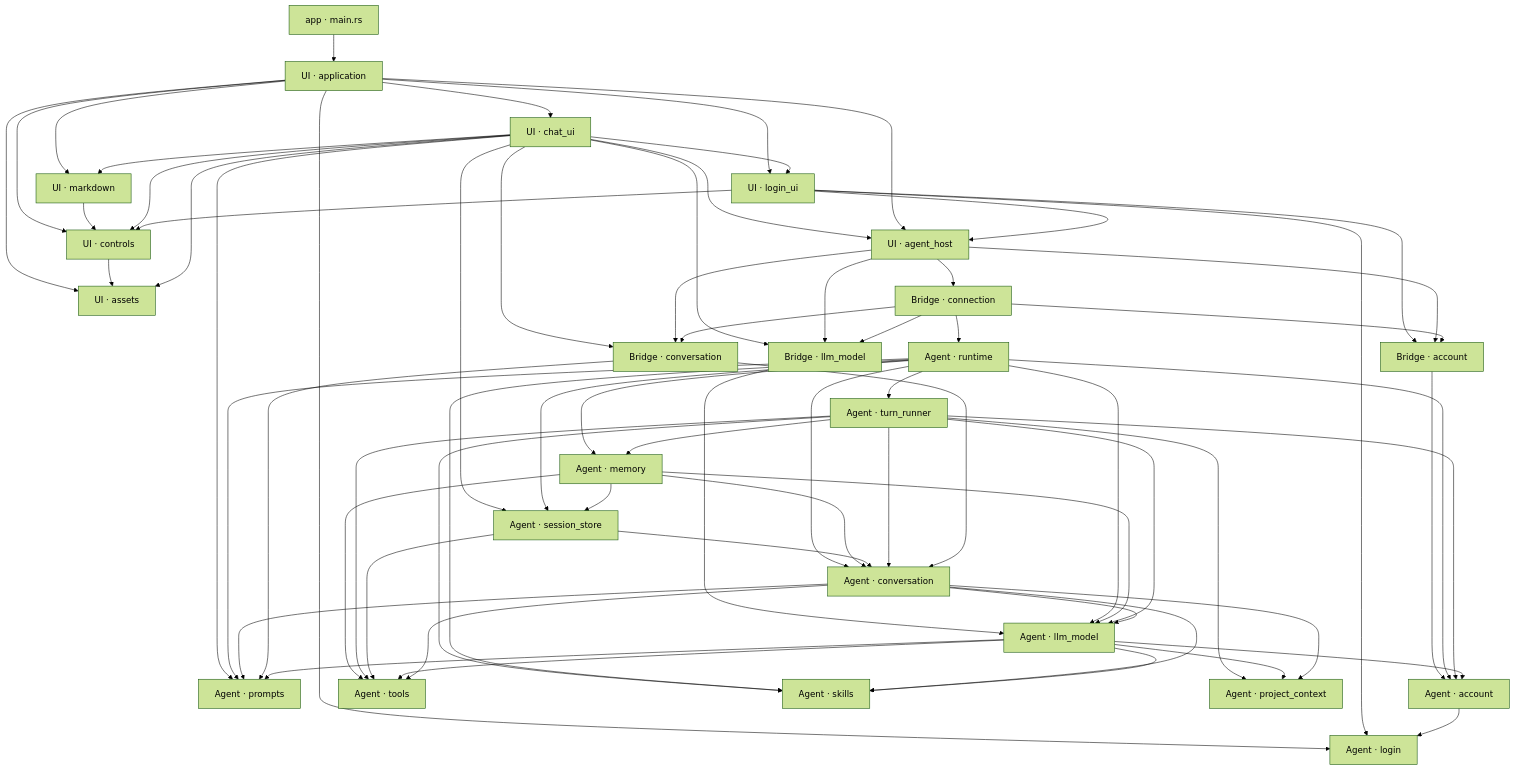
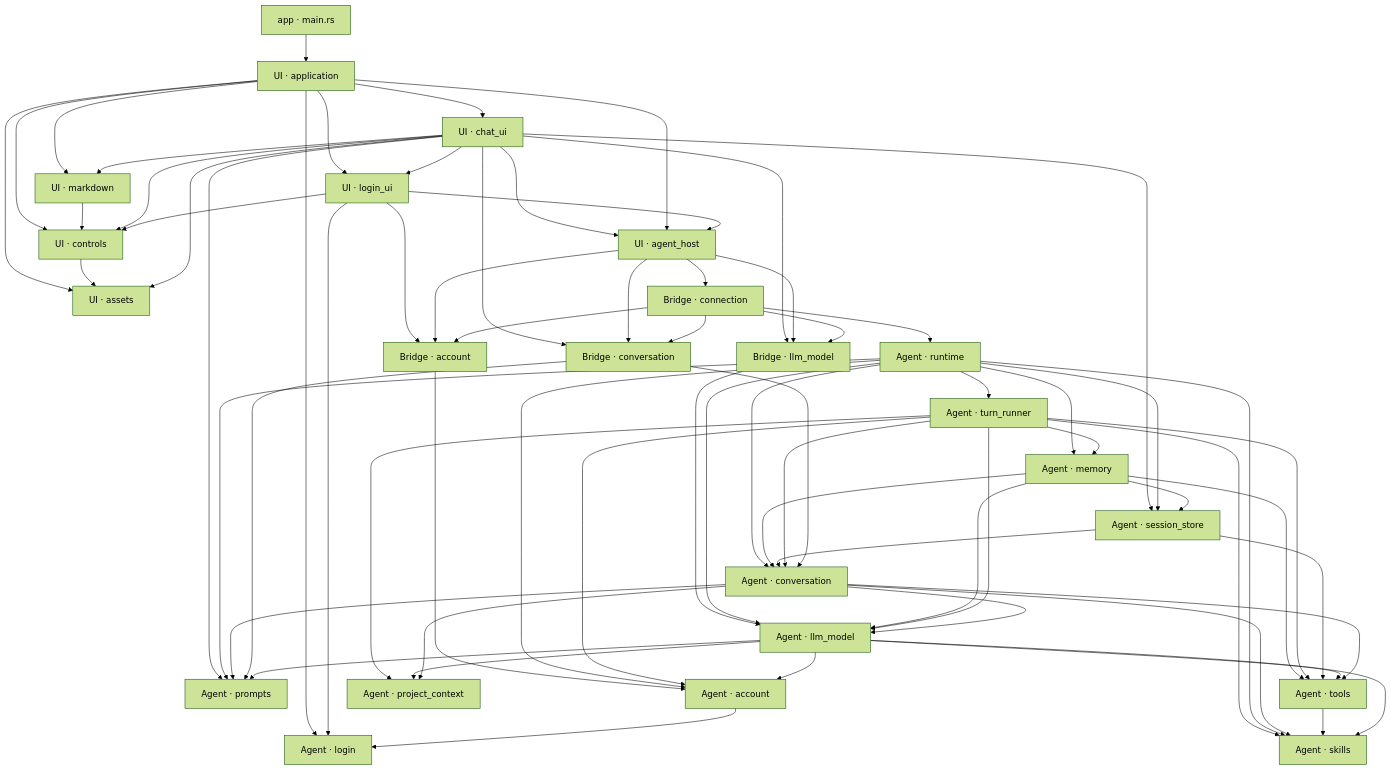
One commit to slc90/Agentelier changed the first of 3 diagrams in docs/design/architecture.md. Above: the diagram before and after it, drawn with Mermaid (forest theme). The commit also changed other lines of this file and 22 other files, not shown here.

````diff
--- a/docs/design/architecture.md
+++ b/docs/design/architecture.md
@@ -42,70 +42,71 @@
 ```mermaid
 flowchart TD
     Entry["app · main.rs"] --> App["UI · application"]
     App --> UI["UI · login_ui"]
     App --> Assets["UI · assets"]
     App --> Controls["UI · controls"]
     App --> Markdown
     Controls --> Assets
     App --> Login["Agent · login"]
     UI --> Login
     App --> ChatUI["UI · chat_ui"]
     ChatUI --> Markdown["UI · markdown"]
     Markdown --> Controls
     ChatUI --> UI
     ChatUI --> Controls
     UI --> Controls
     ChatUI --> Host
     App --> Host["UI · agent_host"]
     UI --> Host
     Host --> Connection["Bridge · connection"]
     UI --> AccountBridge["Bridge · account"]
     ChatUI --> ModelBridge["Bridge · llm_model"]
     ChatUI --> ConversationBridge["Bridge · conversation"]
     ChatUI --> Prompts["Agent · prompts"]
     ChatUI --> SessionStore
     ChatUI --> Assets
     Host --> AccountBridge
     Host --> ModelBridge
     Host --> ConversationBridge
     Connection --> Runtime["Agent · runtime"]
     Connection --> AccountBridge
     Connection --> ModelBridge
     Connection --> ConversationBridge
     AccountBridge --> Account["Agent · account"]
     ModelBridge --> Model["Agent · llm_model"]
     Runtime --> Account
     Runtime --> Model
     Runtime --> Conversation["Agent · conversation"]
     Runtime --> SessionStore["Agent · session_store"]
     Runtime --> Memory["Agent · memory"]
     Runtime --> Prompts
     Memory --> SessionStore
     Memory --> Conversation
     Memory --> Model
     Memory --> Tools
     SessionStore --> Conversation
     Runtime --> Runner["Agent · turn_runner"]
     Runner --> Conversation
     Runner --> Skills["Agent · skills"]
     Runtime --> Skills
     Conversation --> Skills
     Runner --> ProjectContext["Agent · project_context"]
     Runner --> Model
     Runner --> Memory
     Runner --> Account
     Runner --> Tools["Agent · tools"]
+    Tools --> Skills
     SessionStore --> Tools
     Model --> Skills
     Model --> ProjectContext
     Model --> Tools
     Conversation --> Tools
     Conversation --> Model
     Conversation --> Prompts
     Conversation --> ProjectContext
     ConversationBridge --> Conversation
     ConversationBridge --> Prompts
     Model --> Prompts
     Model --> Account
     Account --> Login
 ```
````
